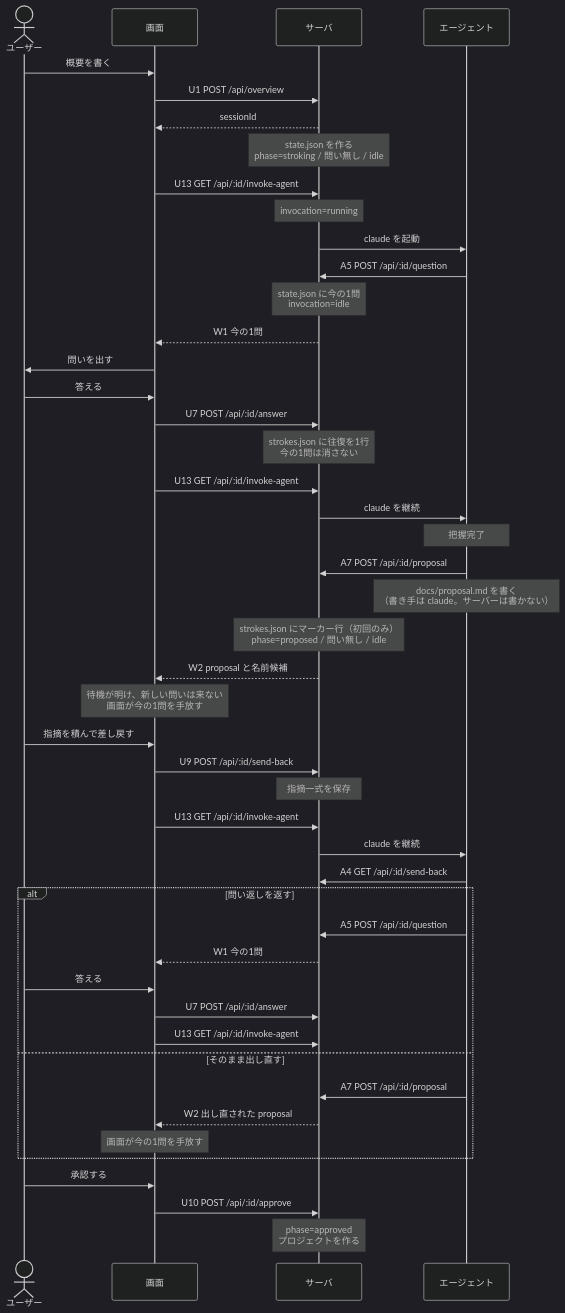
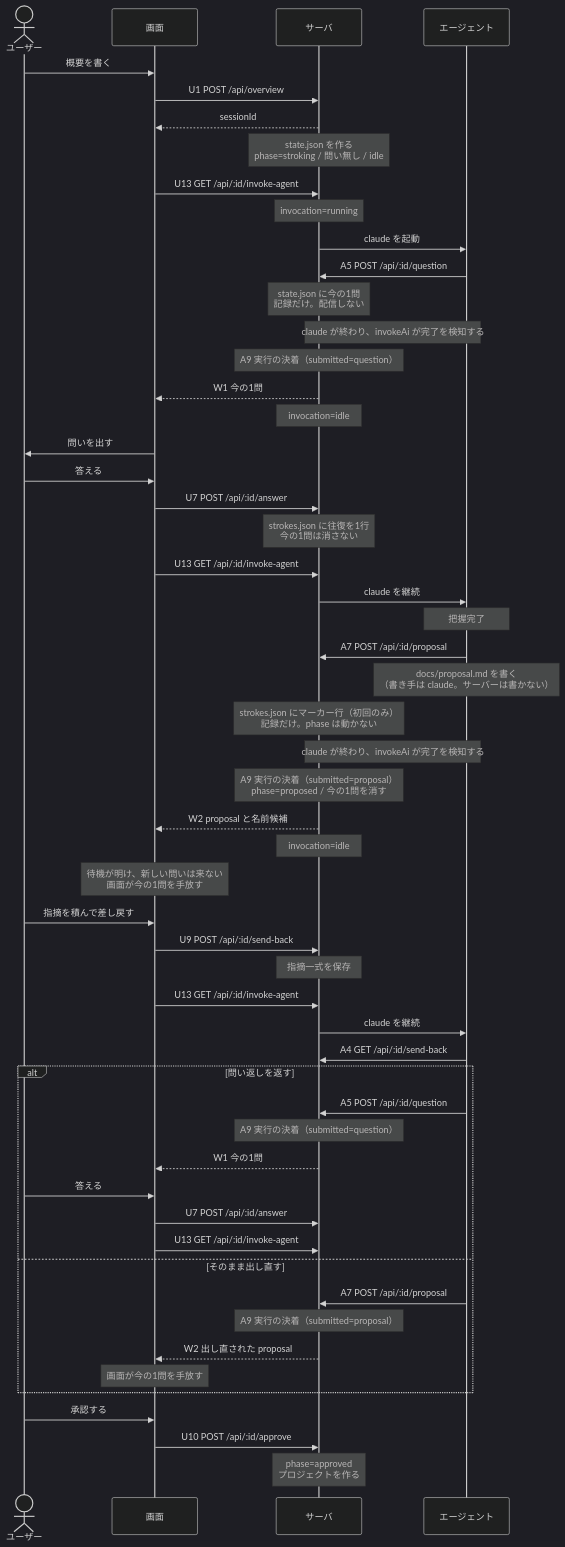
Before and after one commit to grrowapp/stroke: the first of 3 diagrams in docs/specs/architecture/question-flow.md, drawn with Mermaid (dark theme). The commit also changed other lines of this file and 79 other files, not shown here.

````diff
--- a/docs/specs/architecture/question-flow.md
+++ b/docs/specs/architecture/question-flow.md
@@ -15,56 +15,64 @@
 ```mermaid
 sequenceDiagram
     actor U as ユーザー
     participant V as 画面
     participant S as サーバ
     participant A as エージェント
 
     U->>V: 概要を書く
     V->>S: U1 POST /api/overview
     S-->>V: sessionId
     Note over S: state.json を作る<br/>phase=stroking / 問い無し / idle
     V->>S: U13 GET /api/:id/invoke-agent
     Note over S: invocation=running
     S->>A: claude を起動
 
     A->>S: A5 POST /api/:id/question
-    Note over S: state.json に今の1問<br/>invocation=idle
+    Note over S: state.json に今の1問<br/>記録だけ。配信しない
+    Note over S,A: claude が終わり、invokeAi が完了を検知する
+    Note over S: A9 実行の決着（submitted=question）
     S-->>V: W1 今の1問
+    Note over S: invocation=idle
     V->>U: 問いを出す
 
     U->>V: 答える
     V->>S: U7 POST /api/:id/answer
     Note over S: strokes.json に往復を1行<br/>今の1問は消さない
     V->>S: U13 GET /api/:id/invoke-agent
     S->>A: claude を継続
 
     Note over A: 把握完了
     A->>S: A7 POST /api/:id/proposal
     Note over A: docs/proposal.md を書く<br/>（書き手は claude。サーバーは書かない）
-    Note over S: strokes.json にマーカー行（初回のみ）<br/>phase=proposed / 問い無し / idle
+    Note over S: strokes.json にマーカー行（初回のみ）<br/>記録だけ。phase は動かない
+    Note over S,A: claude が終わり、invokeAi が完了を検知する
+    Note over S: A9 実行の決着（submitted=proposal）<br/>phase=proposed / 今の1問を消す
     S-->>V: W2 proposal と名前候補
+    Note over S: invocation=idle
     Note over V: 待機が明け、新しい問いは来ない<br/>画面が今の1問を手放す
 
     U->>V: 指摘を積んで差し戻す
     V->>S: U9 POST /api/:id/send-back
     Note over S: 指摘一式を保存
     V->>S: U13 GET /api/:id/invoke-agent
     S->>A: claude を継続
     A->>S: A4 GET /api/:id/send-back
 
     alt 問い返しを返す
         A->>S: A5 POST /api/:id/question
+        Note over S: A9 実行の決着（submitted=question）
         S-->>V: W1 今の1問
         U->>V: 答える
         V->>S: U7 POST /api/:id/answer
         V->>S: U13 GET /api/:id/invoke-agent
     else そのまま出し直す
         A->>S: A7 POST /api/:id/proposal
+        Note over S: A9 実行の決着（submitted=proposal）
         S-->>V: W2 出し直された proposal
         Note over V: 画面が今の1問を手放す
     end
 
     U->>V: 承認する
     V->>S: U10 POST /api/:id/approve
     Note over S: phase=approved<br/>プロジェクトを作る
 ```
````
